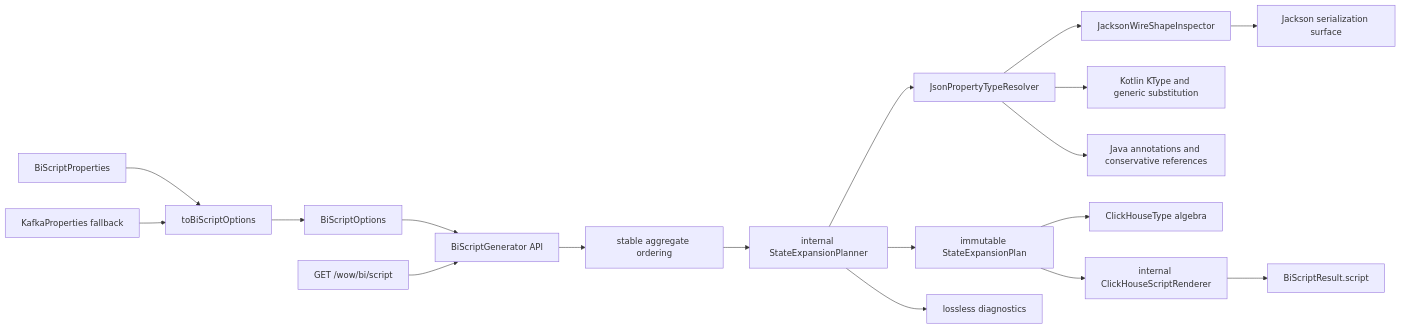
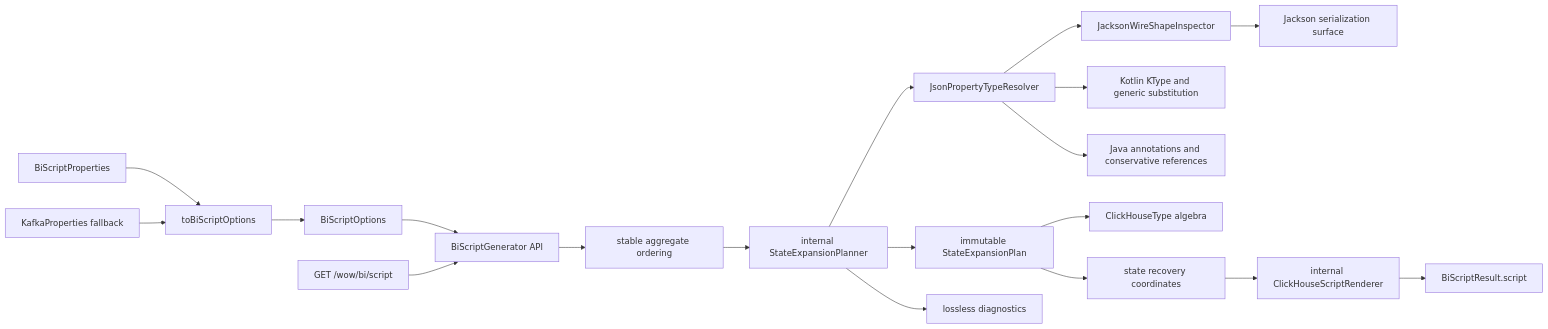
The first of 2 diagrams in docs/superpowers/specs/2026-07-10-wow-bi-clean-architecture-design.md (Ahoo-Wang/Wow), drawn with Mermaid before and after one commit. The commit also changed other lines of this file and 1 other file, not shown here.

Commit message:
docs(bi): define authoritative state recovery

````diff
--- a/docs/superpowers/specs/2026-07-10-wow-bi-clean-architecture-design.md
+++ b/docs/superpowers/specs/2026-07-10-wow-bi-clean-architecture-design.md
@@ -62,20 +65,21 @@
 ```mermaid
 flowchart LR
     API["BiScriptGenerator API"] --> Sort["stable aggregate ordering"]
     Options["BiScriptOptions"] --> API
     Sort --> Planner["internal StateExpansionPlanner"]
     Planner --> Resolver["JsonPropertyTypeResolver"]
     Resolver --> Inspector["JacksonWireShapeInspector"]
     Inspector --> Jackson["Jackson serialization surface"]
     Resolver --> Kotlin["Kotlin KType and generic substitution"]
     Resolver --> Java["Java annotations and conservative references"]
     Planner --> Plan["immutable StateExpansionPlan"]
     Plan --> Types["ClickHouseType algebra"]
-    Plan --> Renderer["internal ClickHouseScriptRenderer"]
+    Plan --> Recovery["state recovery coordinates"]
+    Recovery --> Renderer["internal ClickHouseScriptRenderer"]
     Renderer --> SQL["BiScriptResult.script"]
     Planner --> Diagnostics["lossless diagnostics"]
     Boot["BiScriptProperties"] --> Adapter["toBiScriptOptions"]
     Kafka["KafkaProperties fallback"] --> Adapter
     Adapter --> Options
     Web["GET /wow/bi/script"] --> API
 ```
````
